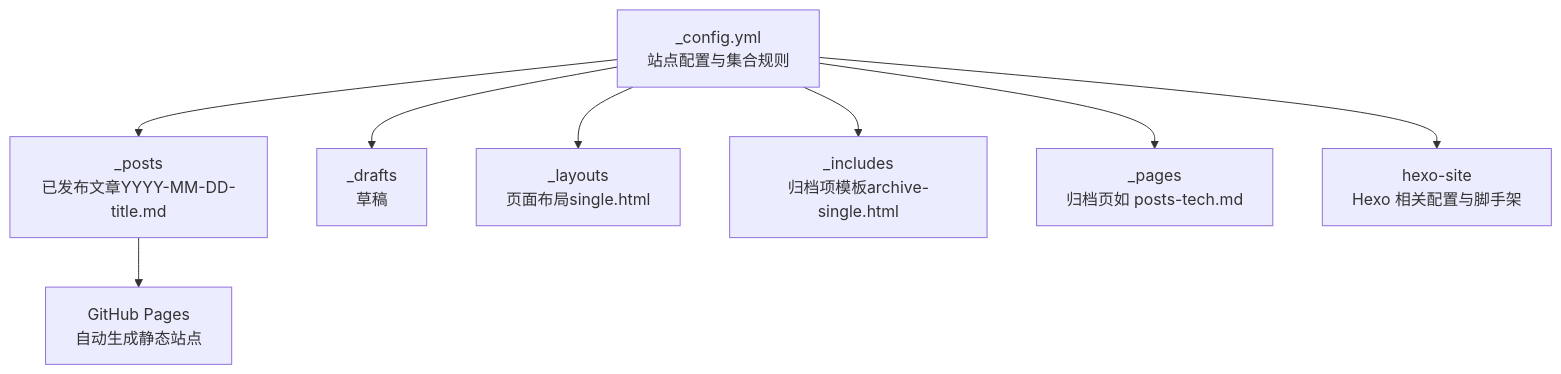
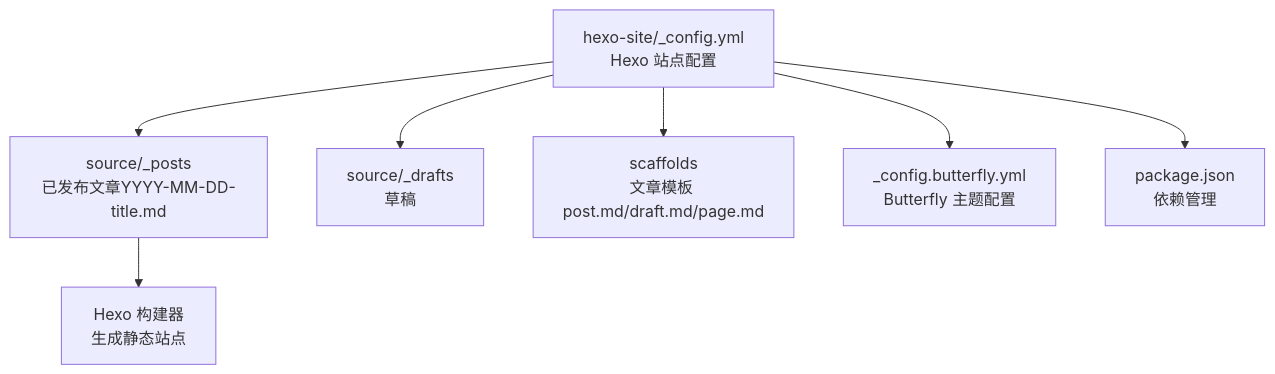
Before and after one commit to CoolPig0720/CoolPig0720.github.io: the first of 3 diagrams in .qoder/repowiki/zh/content/内容管理系统/博客文章管理.md, drawn with Mermaid. The commit also changed other lines of this file and 36 other files, not shown here.

````diff
--- a/.qoder/repowiki/zh/content/内容管理系统/博客文章管理.md
+++ b/.qoder/repowiki/zh/content/内容管理系统/博客文章管理.md
@@ -39,10 +42,9 @@
 ```mermaid
 graph TB
-A["_config.yml<br/>站点配置与集合规则"] --> B["_posts<br/>已发布文章YYYY-MM-DD-title.md"]
-A --> C["_drafts<br/>草稿"]
-A --> D["_layouts<br/>页面布局single.html"]
-A --> E["_includes<br/>归档项模板archive-single.html"]
-A --> F["_pages<br/>归档页如 posts-tech.md"]
-A --> G["hexo-site<br/>Hexo 相关配置与脚手架"]
-B --> H["GitHub Pages<br/>自动生成静态站点"]
+A["hexo-site/_config.yml<br/>Hexo 站点配置"] --> B["source/_posts<br/>已发布文章YYYY-MM-DD-title.md"]
+A --> C["source/_drafts<br/>草稿"]
+A --> D["scaffolds<br/>文章模板 post.md/draft.md/page.md"]
+A --> E["_config.butterfly.yml<br/>Butterfly 主题配置"]
+A --> F["package.json<br/>依赖管理"]
+B --> G["Hexo 构建器<br/>生成静态站点"]
 ```
````
